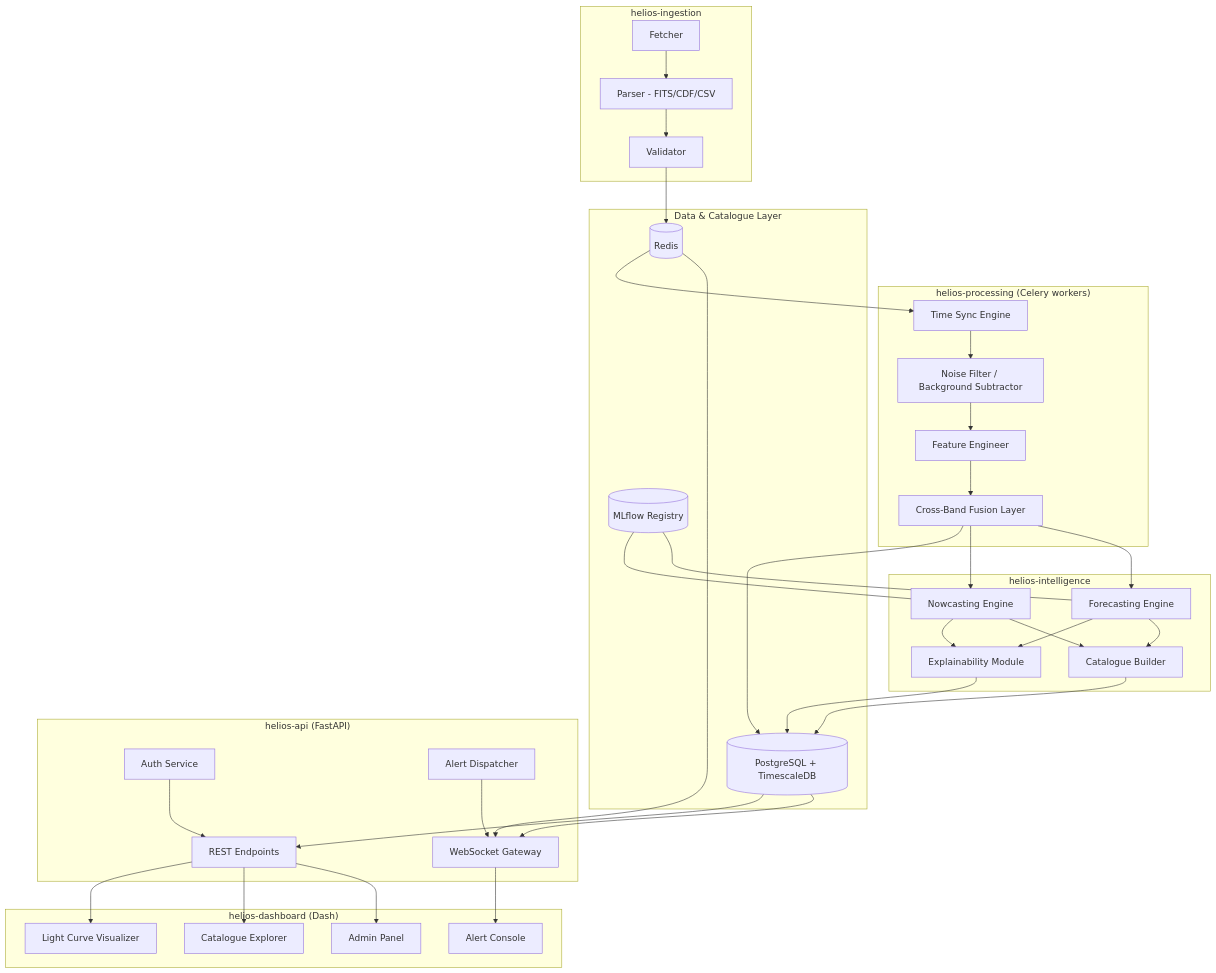
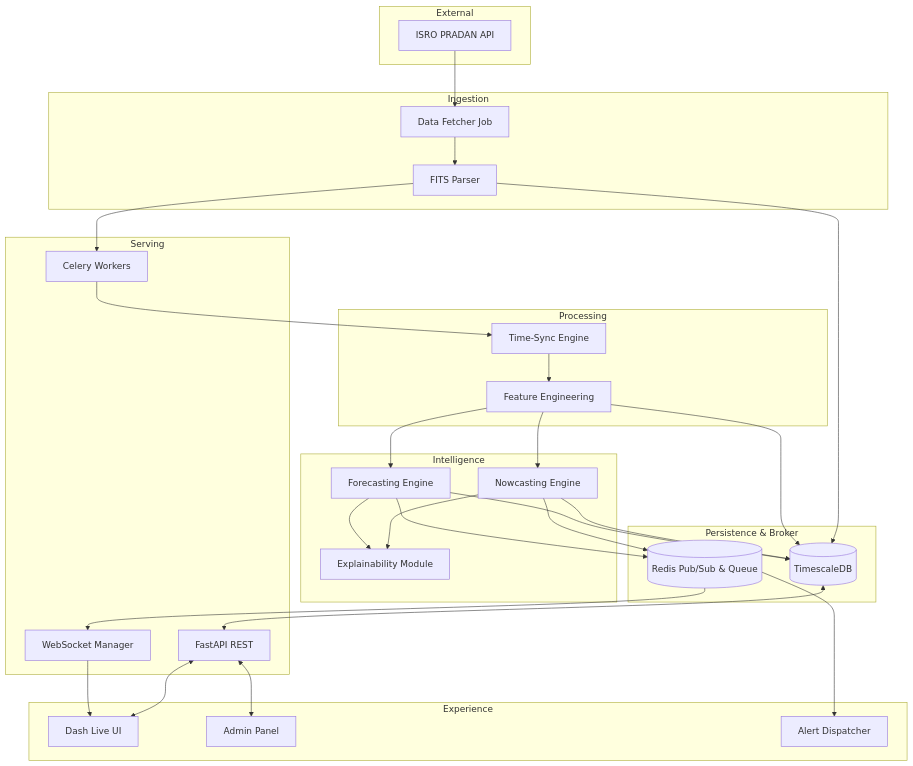
One commit to Daksh7785/HeliosAI changed the diagram in docs/03_System_Architecture.md. Above: the diagram before and after it, drawn with Mermaid. The commit also changed other lines of this file, not shown here.

Commit message:
docs: add 03_System_Architecture.md (high-level system components and flow)

````diff
--- a/docs/03_System_Architecture.md
+++ b/docs/03_System_Architecture.md
@@ -101,65 +50,63 @@
 ```mermaid
-flowchart TB
-    subgraph Ingestion["helios-ingestion"]
-        ING_FETCH[Fetcher]
-        ING_PARSE[Parser - FITS/CDF/CSV]
-        ING_VALID[Validator]
+flowchart TD
+    subgraph External
+        ISRO[ISRO PRADAN API]
     end
 
-    subgraph Processing["helios-processing (Celery workers)"]
-        PROC_SYNC[Time Sync Engine]
-        PROC_FILT[Noise Filter / Background Subtractor]
-        PROC_FEAT[Feature Engineer]
-        PROC_FUSE[Cross-Band Fusion Layer]
+    subgraph Ingestion
+        Fetcher[Data Fetcher Job]
+        Parser[FITS Parser]
     end
 
-    subgraph Intelligence["helios-intelligence"]
-        INT_NOW[Nowcasting Engine]
-        INT_FORE[Forecasting Engine]
-        INT_XAI[Explainability Module]
-        INT_CAT[Catalogue Builder]
+    subgraph Processing
+        Sync[Time-Sync Engine]
+        Feature[Feature Engineering]
     end
 
-    subgraph DataLayer["Data & Catalogue Layer"]
-        DB[(PostgreSQL + TimescaleDB)]
-        REDIS[(Redis)]
-        MLF[(MLflow Registry)]
+    subgraph Intelligence
+        Nowcast[Nowcasting Engine]
+        Forecast[Forecasting Engine]
+        XAI[Explainability Module]
     end
 
-    subgraph Serving["helios-api (FastAPI)"]
-        API_REST[REST Endpoints]
-        API_WS[WebSocket Gateway]
-        API_AUTH[Auth Service]
-        API_ALERT[Alert Dispatcher]
+    subgraph Persistence & Broker
+        DB[(TimescaleDB)]
+        Redis[(Redis Pub/Sub & Queue)]
     end
 
-    subgraph Experience["helios-dashboard (Dash)"]
-        UI_VIZ[Light Curve Visualizer]
-        UI_CAT[Catalogue Explorer]
-        UI_ALERT[Alert Console]
-        UI_ADMIN[Admin Panel]
+    subgraph Serving
+        API[FastAPI REST]
+        WS[WebSocket Manager]
+        Celery[Celery Workers]
     end
 
-    ING_FETCH --> ING_PARSE --> ING_VALID --> REDIS
-    REDIS --> PROC_SYNC --> PROC_FILT --> PROC_FEAT --> PROC_FUSE
-    PROC_FUSE --> DB
-    PROC_FUSE --> INT_NOW
-    PROC_FUSE --> INT_FORE
-    INT_NOW --> INT_XAI
-    INT_FORE --> INT_XAI
-    INT_NOW --> INT_CAT
-    INT_FORE --> INT_CAT
-    INT_XAI --> DB
-    INT_CAT --> DB
-    MLF --- INT_NOW
-    MLF --- INT_FORE
-    DB --> API_REST
-    DB --> API_WS
-    REDIS --> API_WS
-    API_ALERT --> API_WS
-    API_AUTH --> API_REST
-    API_REST --> UI_VIZ
-    API_REST --> UI_CAT
-    API_WS --> UI_ALERT
-    API_REST --> UI_ADMIN
+    subgraph Experience
+        Dash[Dash Live UI]
+        Admin[Admin Panel]
+        Alert[Alert Dispatcher]
+    end
+
+    ISRO --> Fetcher
+    Fetcher --> Parser
+    Parser --> DB
+    Parser --> Celery
+    Celery --> Sync
+    Sync --> Feature
+    Feature --> DB
+    Feature --> Nowcast
+    Feature --> Forecast
+    Nowcast --> XAI
+    Forecast --> XAI
+    Nowcast --> DB
+    Forecast --> DB
+    Nowcast --> Redis
+    Forecast --> Redis
+    
+    DB <--> API
+    Redis --> WS
+    Redis --> Alert
+    
+    API <--> Dash
+    WS --> Dash
+    API <--> Admin
 ```
````
